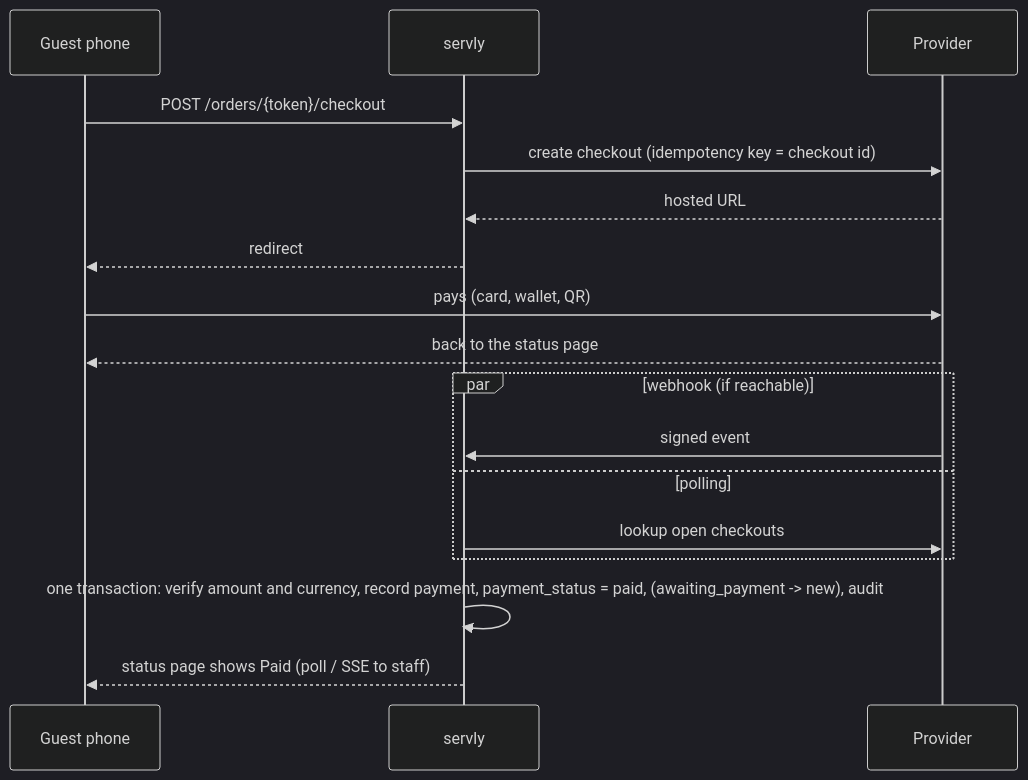
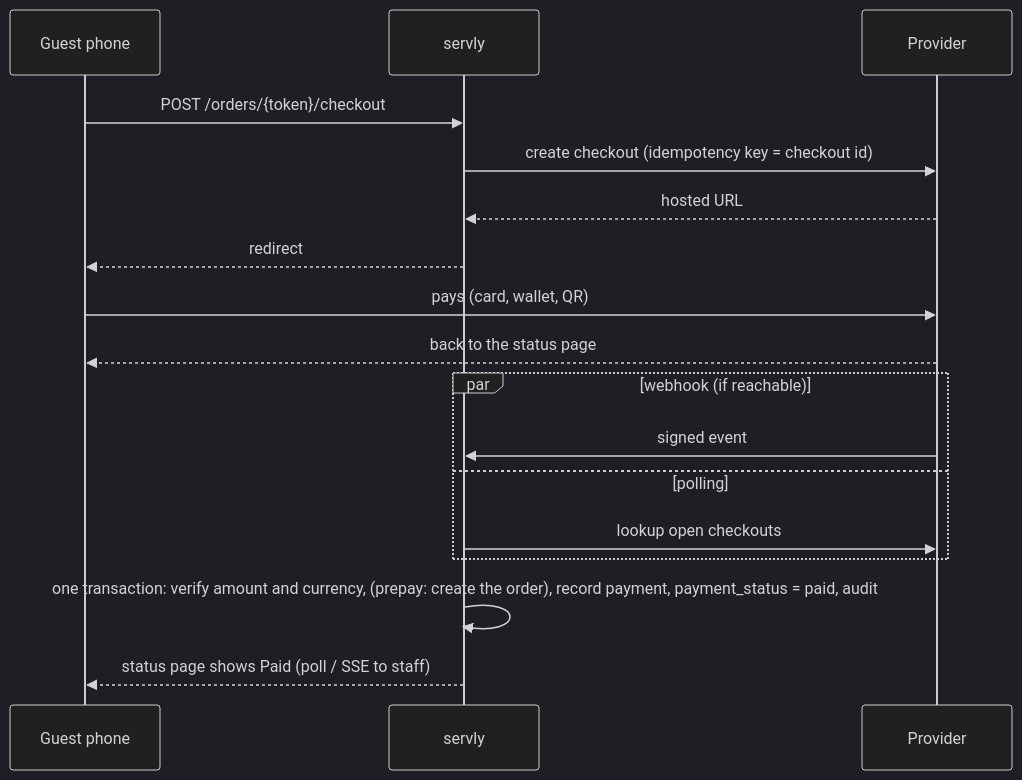
The diagram in docs/docs/payments.md (servly-io/servly), drawn with Mermaid (dark theme) before and after one commit. The commit also changed other lines of this file and 10 other files, not shown here.

````diff
--- a/docs/docs/payments.md
+++ b/docs/docs/payments.md
@@ -230,19 +238,19 @@
 ```mermaid
 sequenceDiagram
   participant G as Guest phone
   participant S as servly
   participant P as Provider
   G->>S: POST /orders/{token}/checkout
   S->>P: create checkout (idempotency key = checkout id)
   P-->>S: hosted URL
   S-->>G: redirect
   G->>P: pays (card, wallet, QR)
   P-->>G: back to the status page
   par webhook (if reachable)
     P->>S: signed event
   and polling
     S->>P: lookup open checkouts
   end
-  S->>S: one transaction: verify amount and currency, record payment, payment_status = paid, (awaiting_payment -> new), audit
+  S->>S: one transaction: verify amount and currency, (prepay: create the order), record payment, payment_status = paid, audit
   S-->>G: status page shows Paid (poll / SSE to staff)
 ```
````
